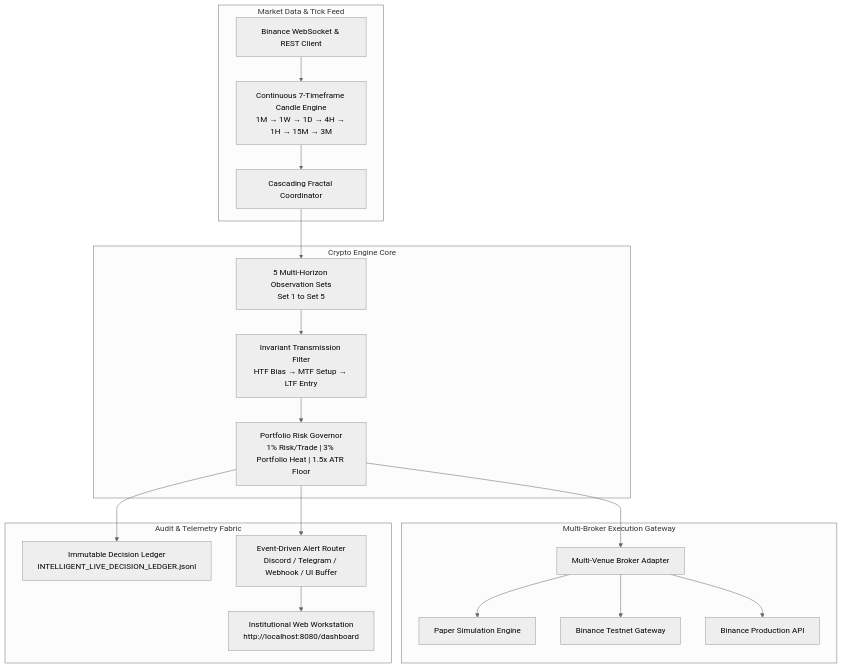
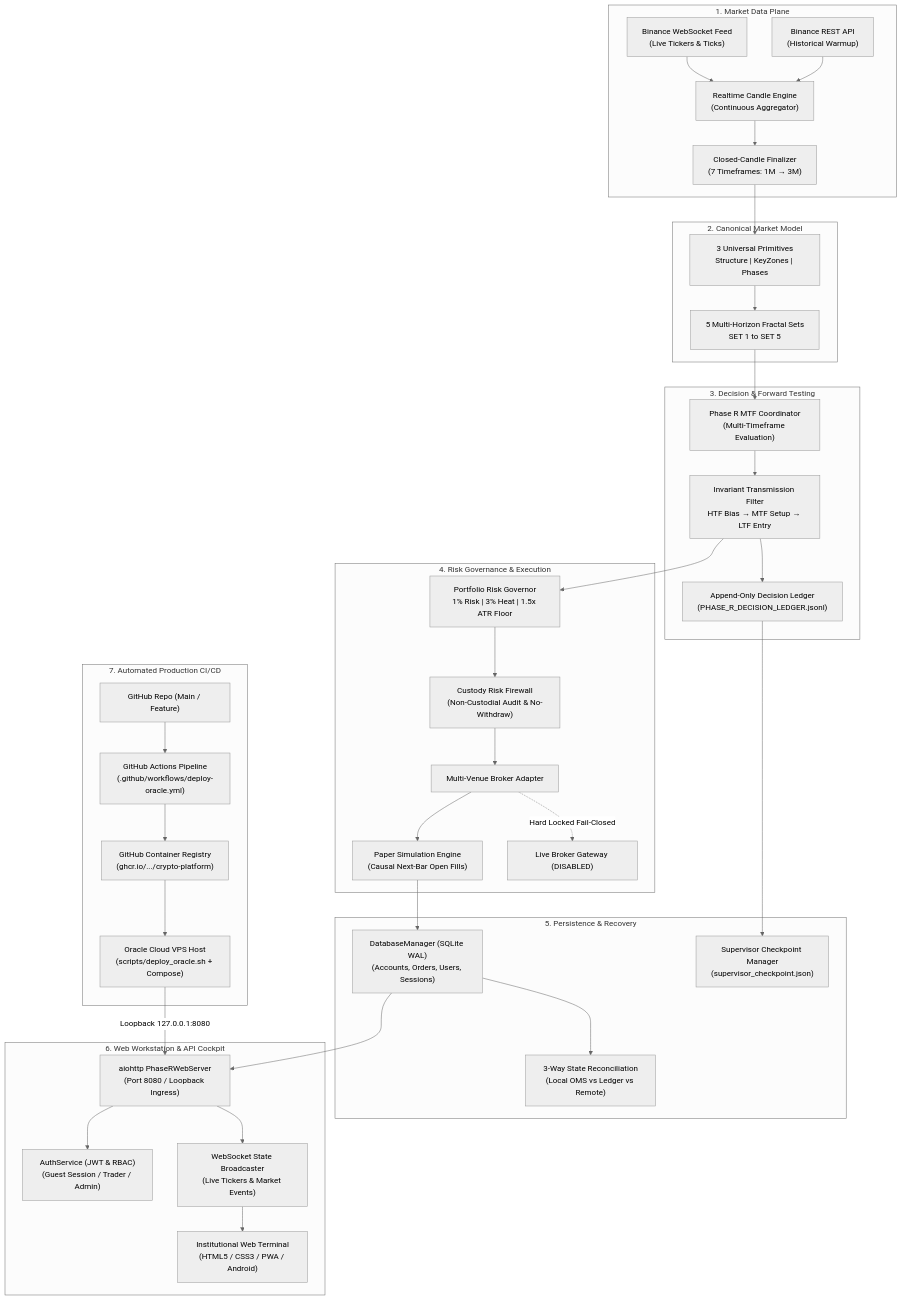
Before and after one commit to Quantitative-Systems/crypto-platform: the diagram in README.md, drawn with Mermaid (neutral theme). The commit also changed other lines of this file and 3 other files, not shown here.

Commit message:
docs: comprehensive repository audit and production-grade documentation upgrade

````diff
--- a/README.md
+++ b/README.md
@@ -199,26 +80,47 @@
 ```mermaid
 graph TD
-    subgraph DataPlane [Market Data & Tick Feed]
-        BinanceWS["Binance WebSocket & REST Client"] --> ContinuousCandles["Continuous 7-Timeframe Candle Engine<br/>1M → 1W → 1D → 4H → 1H → 15M → 3M"]
-        ContinuousCandles --> Coordinator["Cascading Fractal Coordinator"]
+    subgraph DataPlane [1. Market Data Plane]
+        BinanceWS["Binance WebSocket Feed<br/>(Live Tickers & Ticks)"] --> CandleEngine["Realtime Candle Engine<br/>(Continuous Aggregator)"]
+        BinanceREST["Binance REST API<br/>(Historical Warmup)"] --> CandleEngine
+        CandleEngine --> ClosedCandles["Closed-Candle Finalizer<br/>(7 Timeframes: 1M → 3M)"]
     end
 
-    subgraph CoreEngine [Crypto Engine Core]
-        Coordinator --> MultiSet["5 Multi-Horizon Observation Sets<br/>Set 1 to Set 5"]
-        MultiSet --> InvariantFilter["Invariant Transmission Filter<br/>HTF Bias → MTF Setup → LTF Entry"]
-        InvariantFilter --> RiskGov["Portfolio Risk Governor<br/>1% Risk/Trade | 3% Portfolio Heat | 1.5x ATR Floor"]
+    subgraph CoreModel [2. Canonical Market Model]
+        ClosedCandles --> Primitives["3 Universal Primitives<br/>Structure | KeyZones | Phases"]
+        Primitives --> FiveSets["5 Multi-Horizon Fractal Sets<br/>SET 1 to SET 5"]
     end
 
-    subgraph ExecutionPlane [Multi-Broker Execution Gateway]
-        RiskGov --> BrokerGateway["Multi-Venue Broker Adapter"]
-        BrokerGateway --> PaperVenue["Paper Simulation Engine"]
-        BrokerGateway --> BinanceTestnet["Binance Testnet Gateway"]
-        BrokerGateway --> BinanceLive["Binance Production API"]
+    subgraph DecisionEngine [3. Decision & Forward Testing]
+        FiveSets --> MTFCoordinator["Phase R MTF Coordinator<br/>(Multi-Timeframe Evaluation)"]
+        MTFCoordinator --> InvariantGate["Invariant Transmission Filter<br/>HTF Bias → MTF Setup → LTF Entry"]
+        InvariantGate --> DecisionLedger["Append-Only Decision Ledger<br/>(PHASE_R_DECISION_LEDGER.jsonl)"]
     end
 
-    subgraph AuditAlertPlane [Audit & Telemetry Fabric]
-        RiskGov --> Ledger["Immutable Decision Ledger<br/>INTELLIGENT_LIVE_DECISION_LEDGER.jsonl"]
-        RiskGov --> AlertRouter["Event-Driven Alert Router<br/>Discord / Telegram / Webhook / UI Buffer"]
-        AlertRouter --> WebWorkstation["Institutional Web Workstation<br/>http://localhost:8080/dashboard"]
+    subgraph RiskPlane [4. Risk Governance & Execution]
+        InvariantGate --> RiskGov["Portfolio Risk Governor<br/>1% Risk | 3% Heat | 1.5x ATR Floor"]
+        RiskGov --> CustodyFirewall["Custody Risk Firewall<br/>(Non-Custodial Audit & No-Withdraw)"]
+        CustodyFirewall --> BrokerAdapter["Multi-Venue Broker Adapter"]
+        BrokerAdapter --> PaperSim["Paper Simulation Engine<br/>(Causal Next-Bar Open Fills)"]
+        BrokerAdapter -.->|Hard Locked Fail-Closed| LiveGateway["Live Broker Gateway (DISABLED)"]
+    end
+
+    subgraph StatePlane [5. Persistence & Recovery]
+        PaperSim --> DBManager["DatabaseManager (SQLite WAL)<br/>(Accounts, Orders, Users, Sessions)"]
+        DecisionLedger --> CheckpointMgr["Supervisor Checkpoint Manager<br/>(supervisor_checkpoint.json)"]
+        DBManager --> ReconcileEngine["3-Way State Reconciliation<br/>(Local OMS vs Ledger vs Remote)"]
+    end
+
+    subgraph WebPlane [6. Web Workstation & API Cockpit]
+        DBManager --> WebServer["aiohttp PhaseRWebServer<br/>(Port 8080 / Loopback Ingress)"]
+        WebServer --> AuthService["AuthService (JWT & RBAC)<br/>(Guest Session / Trader / Admin)"]
+        WebServer --> WSBroadcaster["WebSocket State Broadcaster<br/>(Live Tickers & Market Events)"]
+        WSBroadcaster --> WebTerminal["Institutional Web Terminal<br/>(HTML5 / CSS3 / PWA / Android)"]
+    end
+
+    subgraph DeployPlane [7. Automated Production CI/CD]
+        GitRepo["GitHub Repo (Main / Feature)"] --> GHActions["GitHub Actions Pipeline<br/>(.github/workflows/deploy-oracle.yml)"]
+        GHActions --> GHCR["GitHub Container Registry<br/>(ghcr.io/.../crypto-platform)"]
+        GHCR --> OracleVPS["Oracle Cloud VPS Host<br/>(scripts/deploy_oracle.sh + Compose)"]
+        OracleVPS -->|Loopback 127.0.0.1:8080| WebServer
     end
 ```
````
